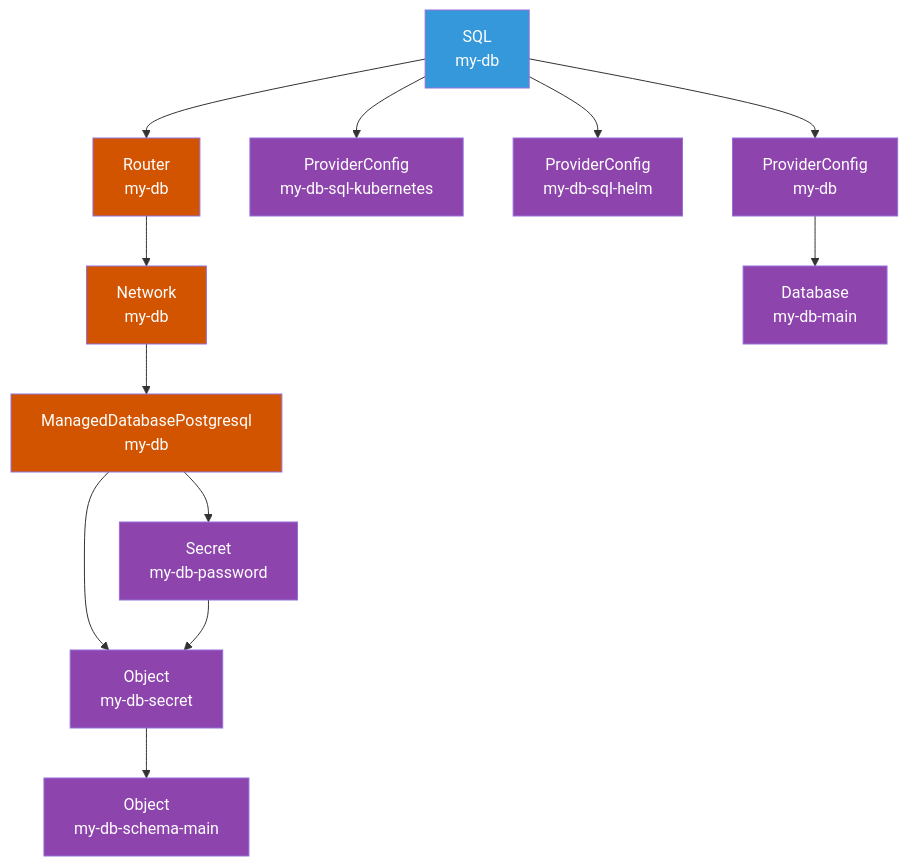
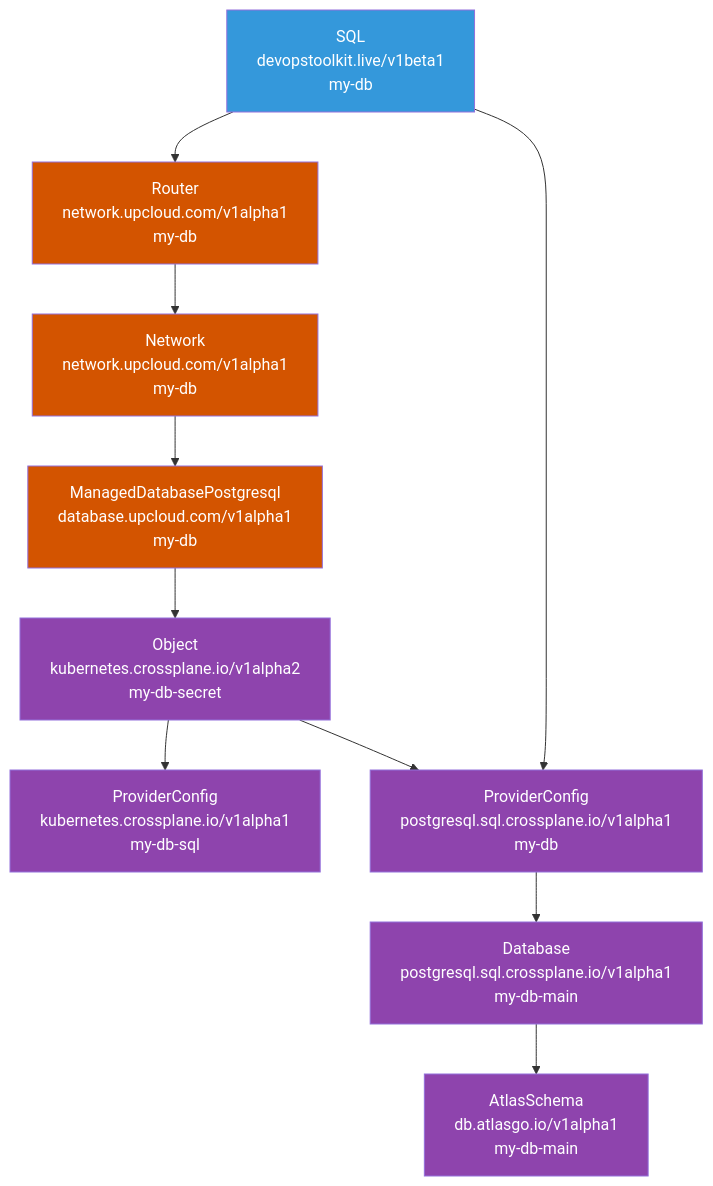
Before and after one commit to vfarcic/crossplane-sql: the diagram in examples/diag-upcloud.md, drawn with Mermaid. The commit also changed other lines of this file and 3 other files, not shown here.

Commit message:
Diagrams [skip ci]

````diff
--- a/examples/diag-upcloud.md
+++ b/examples/diag-upcloud.md
@@ -37,46 +36,35 @@
 ```mermaid
 flowchart TD
     classDef compositeResource fill:#3498db,color:white
     classDef upcloudResource fill:#D35400,color:white
     classDef otherResource fill:#8E44AD,color:white
 
-    SQL["SQL<br>my-db"]:::compositeResource
+    SQL["SQL<br>devopstoolkit.live/v1beta1<br>my-db"]:::compositeResource
     
-    %% UpCloud Resources
-    Router["Router<br>my-db"]:::upcloudResource
-    Network["Network<br>my-db"]:::upcloudResource
-    ManagedDatabasePostgresql["ManagedDatabasePostgresql<br>my-db"]:::upcloudResource
+    Router["Router<br>network.upcloud.com/v1alpha1<br>my-db"]:::upcloudResource
+    Network["Network<br>network.upcloud.com/v1alpha1<br>my-db"]:::upcloudResource
+    ManagedDatabasePostgresql["ManagedDatabasePostgresql<br>database.upcloud.com/v1alpha1<br>my-db"]:::upcloudResource
     
-    %% Provider Resources
-    KProviderConfig["ProviderConfig<br>my-db-sql-kubernetes"]:::otherResource
-    HProviderConfig["ProviderConfig<br>my-db-sql-helm"]:::otherResource
-    SQLProviderConfig["ProviderConfig<br>my-db"]:::otherResource
+    KProviderConfig["ProviderConfig<br>kubernetes.crossplane.io/v1alpha1<br>my-db-sql"]:::otherResource
+    SQLProviderConfig["ProviderConfig<br>postgresql.sql.crossplane.io/v1alpha1<br>my-db"]:::otherResource
     
-    %% Database Resources
-    Database["Database<br>my-db-main"]:::otherResource
+    Database["Database<br>postgresql.sql.crossplane.io/v1alpha1<br>my-db-main"]:::otherResource
     
-    %% Secret Resources
-    ConnectionSecret["Object<br>my-db-secret"]:::otherResource
-    PasswordSecret["Secret<br>my-db-password"]:::otherResource
+    ConnectionSecret["Object<br>kubernetes.crossplane.io/v1alpha2<br>my-db-secret"]:::otherResource
     
-    %% Schema Resources
-    SchemaObject["Object<br>my-db-schema-main"]:::otherResource
+    AtlasSchema["AtlasSchema<br>db.atlasgo.io/v1alpha1<br>my-db-main"]:::otherResource
     
-    %% Resource Relationships
     SQL --> Router
-    SQL --> KProviderConfig
-    SQL --> HProviderConfig
-    SQL --> SQLProviderConfig
     
     Router --> Network
     Network --> ManagedDatabasePostgresql
     
+    ManagedDatabasePostgresql --> ConnectionSecret
+    ConnectionSecret --> KProviderConfig
+    
+    SQL --> SQLProviderConfig
     SQLProviderConfig --> Database
     
-    ManagedDatabasePostgresql --> PasswordSecret
-    ManagedDatabasePostgresql --> ConnectionSecret
-    
-    PasswordSecret --> ConnectionSecret
-    
-    ConnectionSecret --> SchemaObject
+    ConnectionSecret --> SQLProviderConfig
+    Database --> AtlasSchema
 ```
````
